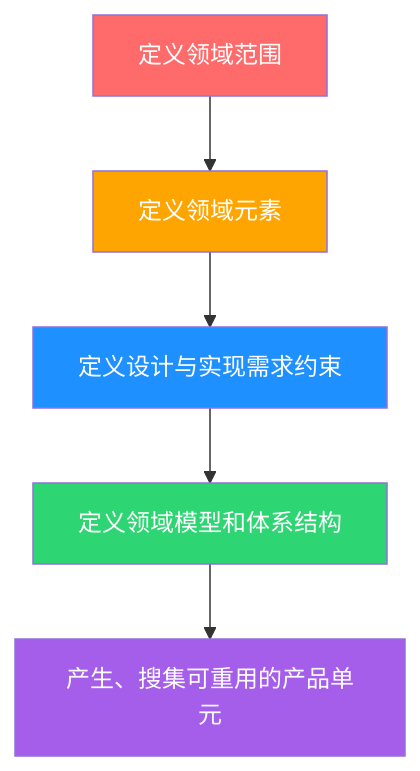
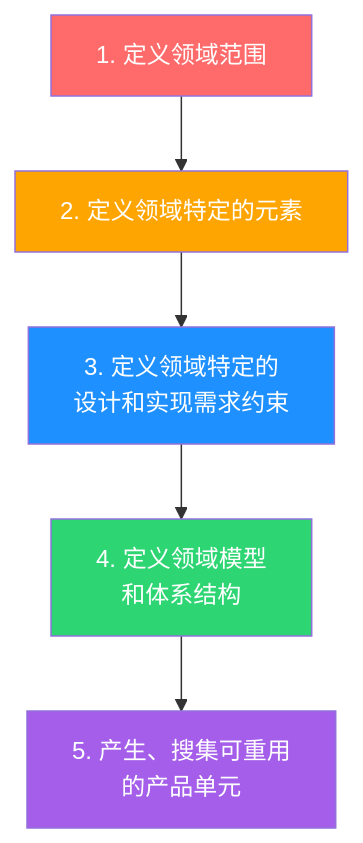
The ninth of 9 diagrams in 01-综合知识/06-系统架构设计基础知识.md (wanlinruo/system-architect-exam-prep), drawn with Mermaid before and after one commit. The commit also changed other lines of this file, not shown here.

````diff
--- a/01-综合知识/06-系统架构设计基础知识.md
+++ b/01-综合知识/06-系统架构设计基础知识.md
@@ -608,13 +680,13 @@
 ```mermaid
 graph TD
-    A["定义领域范围"] --> B["定义领域元素"]
-    B --> C["定义设计与实现需求约束"]
-    C --> D["定义领域模型和体系结构"]
-    D --> E["产生、搜集可重用的产品单元"]
+    A["1. 定义领域范围"] --> B["2. 定义领域特定的元素"]
+    B --> C["3. 定义领域特定的<br>设计和实现需求约束"]
+    C --> D["4. 定义领域模型<br>和体系结构"]
+    D --> E["5. 产生、搜集可重用<br>的产品单元"]
 
     style A fill:#ff6b6b,color:#fff
     style B fill:#ffa502,color:#fff
     style C fill:#1e90ff,color:#fff
     style D fill:#2ed573,color:#fff
     style E fill:#a55eea,color:#fff
 ```
````
